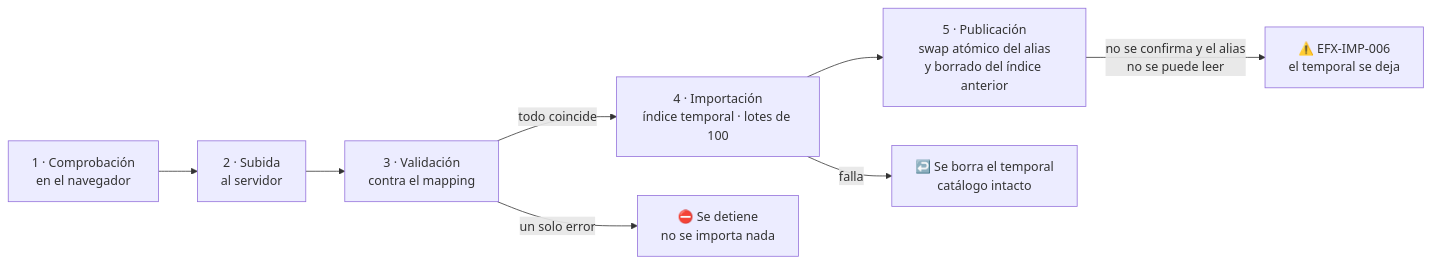
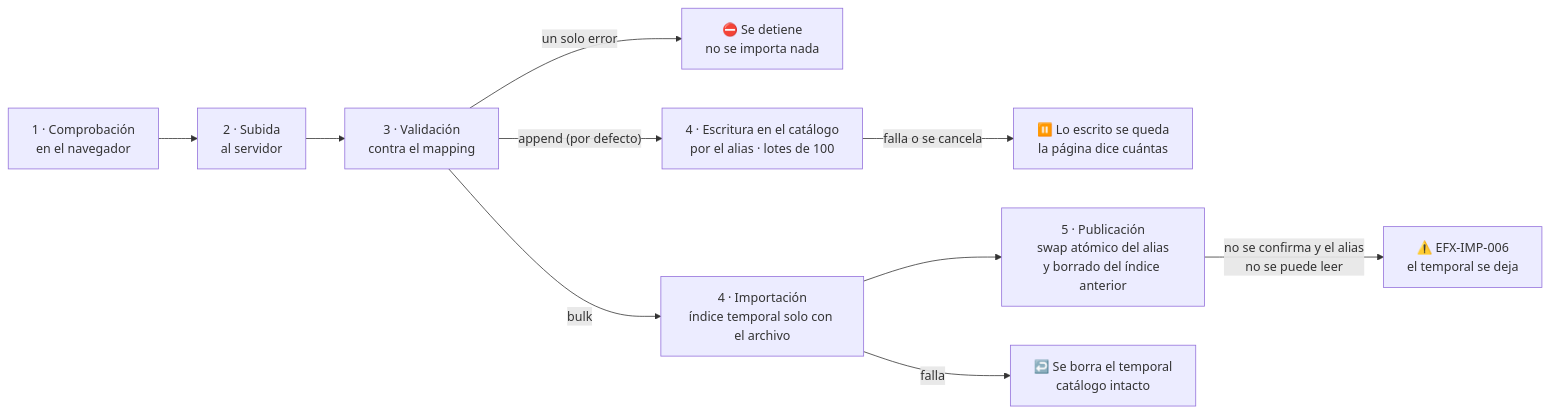
Before and after one commit to bigfito/elastiflix-reloaded: the first of 2 diagrams in README.md, drawn with Mermaid. The commit also changed other lines of this file and 7 other files, not shown here.

Commit message:
10.5: verificación de fase y documentación de los modos append y bulk

````diff
--- a/README.md
+++ b/README.md
@@ -143,10 +144,12 @@
 ```mermaid
 flowchart LR
   A["1 · Comprobación<br/>en el navegador"] --> B["2 · Subida<br/>al servidor"]
   B --> C["3 · Validación<br/>contra el mapping"]
-  C -->|"todo coincide"| D["4 · Importación<br/>índice temporal · lotes de 100"]
   C -->|"un solo error"| X["⛔ Se detiene<br/>no se importa nada"]
+  C -->|"append (por defecto)"| W["4 · Escritura en el catálogo<br/>por el alias · lotes de 100"]
+  W -->|"falla o se cancela"| V["⏸️ Lo escrito se queda<br/>la página dice cuántas"]
+  C -->|"bulk"| D["4 · Importación<br/>índice temporal solo con el archivo"]
   D --> E["5 · Publicación<br/>swap atómico del alias<br/>y borrado del índice anterior"]
   D -->|"falla"| Y["↩️ Se borra el temporal<br/>catálogo intacto"]
   E -->|"no se confirma y el alias<br/>no se puede leer"| Z["⚠️ EFX-IMP-006<br/>el temporal se deja"]
 ```
````
